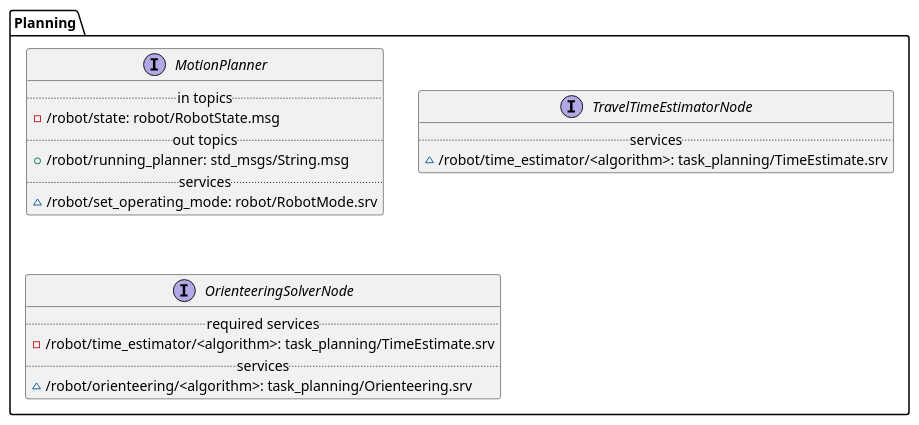
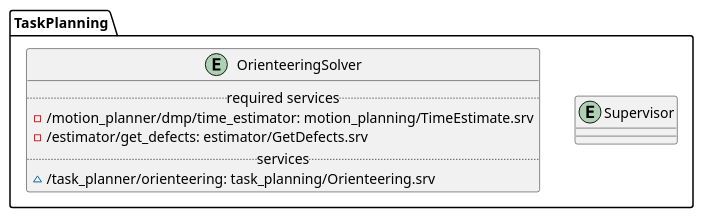
One commit to magician-project/magician-project changed the fifth of 10 diagrams in framework.md. Above: the diagram before and after it, drawn with PlantUML. The commit also changed other lines of this file and 1 other file, not shown here.

````diff
--- a/framework.md
+++ b/framework.md
@@ -244,28 +176,20 @@
 ```{plantuml}
 :width: 700px
 @startuml
-package Planning {
-  interface MotionPlanner {
-    .. in topics ..
-    - /robot/state: robot/RobotState.msg
-    .. out topics ..
-    + /robot/running_planner: std_msgs/String.msg
-    .. services ..
-    ~ /robot/set_operating_mode: robot/RobotMode.srv
+package TaskPlanning {
+
+  entity Supervisor {
   }
 
-  interface TravelTimeEstimatorNode {
+  entity OrienteeringSolver {
+    .. required services ..
+    - /motion_planner/dmp/time_estimator: motion_planning/TimeEstimate.srv
+    - /estimator/get_defects: estimator/GetDefects.srv
     .. services ..
-    ~ /robot/time_estimator/<algorithm>: task_planning/TimeEstimate.srv
+    ~ /task_planner/orienteering: task_planning/Orienteering.srv
   }
-  
-  interface OrienteeringSolverNode {
-    .. required services ..
-    - /robot/time_estimator/<algorithm>: task_planning/TimeEstimate.srv
-    .. services ..
-    ~ /robot/orienteering/<algorithm>: task_planning/Orienteering.srv
-  }
+
   
 }
 @enduml
 ```
````
